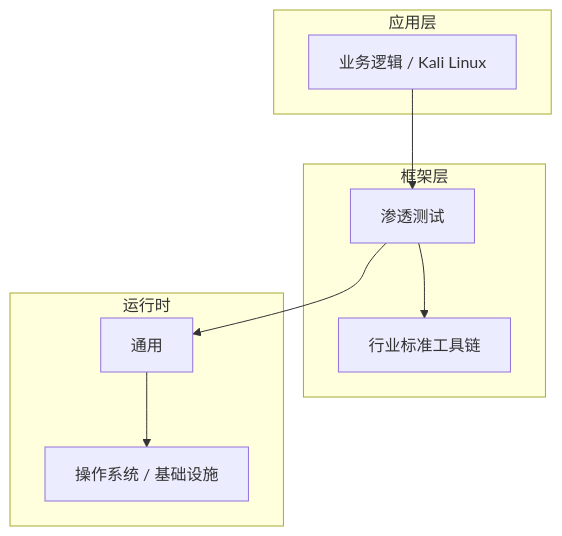
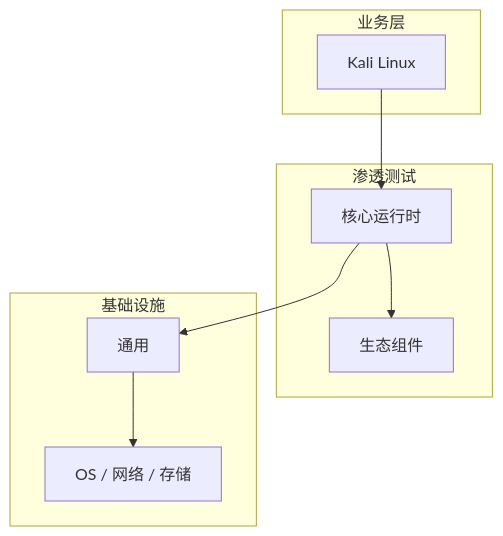
The diagram in articles/渗透测试/chapters/089-Kali-Linux核心概念与原理.md (yanggan2015/knowledge-json-v2), drawn with Mermaid before and after one commit. The commit also changed other lines of this file and 10127 other files, not shown here.

````diff
--- a/articles/渗透测试/chapters/089-Kali-Linux核心概念与原理.md
+++ b/articles/渗透测试/chapters/089-Kali-Linux核心概念与原理.md
@@ -46,18 +31,18 @@
 ```mermaid
 graph TB
-    subgraph 应用层
-        A[业务逻辑 / Kali Linux]
+    subgraph 业务层
+        A[Kali Linux]
     end
-    subgraph 框架层
-        B[渗透测试]
-        C[行业标准工具链]
+    subgraph 渗透测试
+        B[核心运行时]
+        C[生态组件]
     end
-    subgraph 运行时
+    subgraph 基础设施
         D[通用]
-        E[操作系统 / 基础设施]
+        E[OS / 网络 / 存储]
     end
     A --> B
     B --> C
     B --> D
     D --> E
 ```
````
